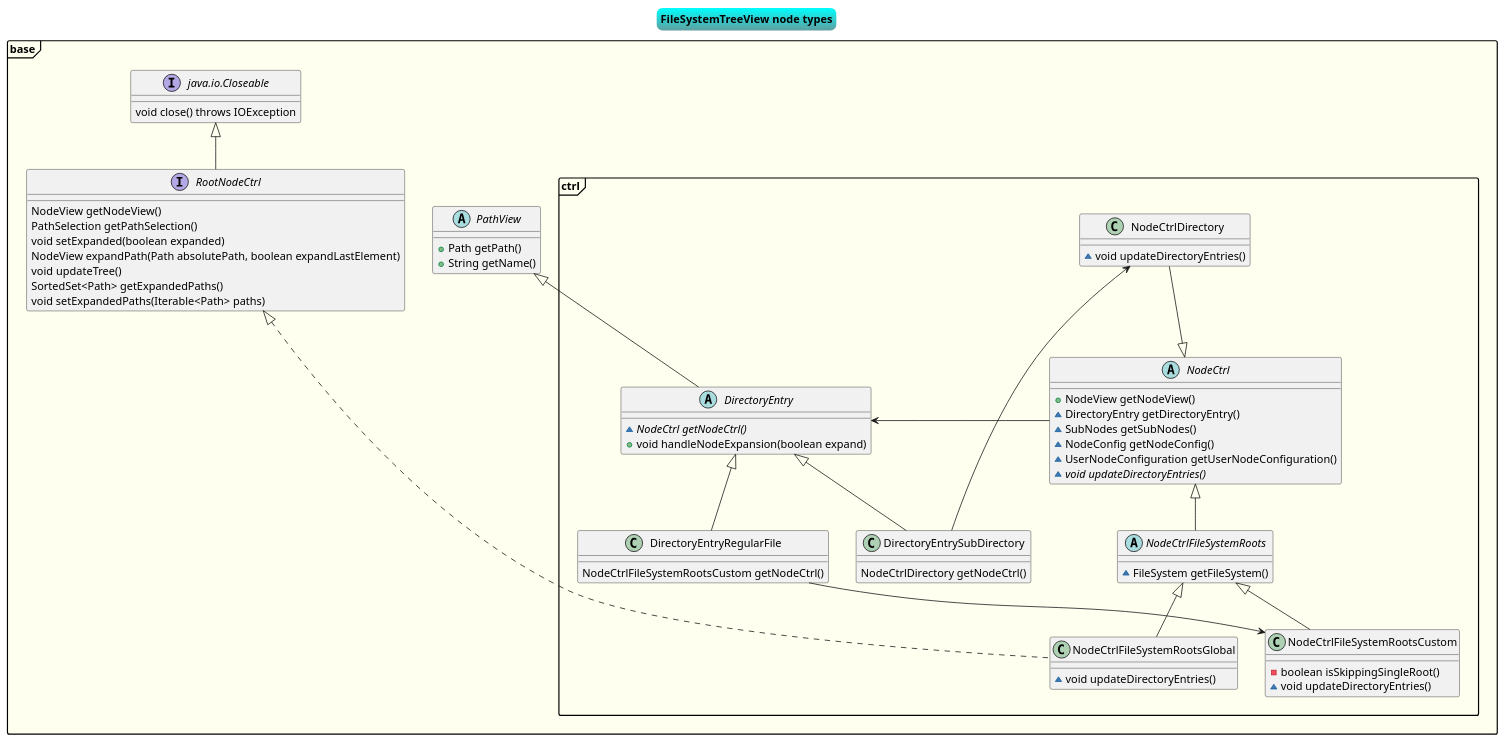
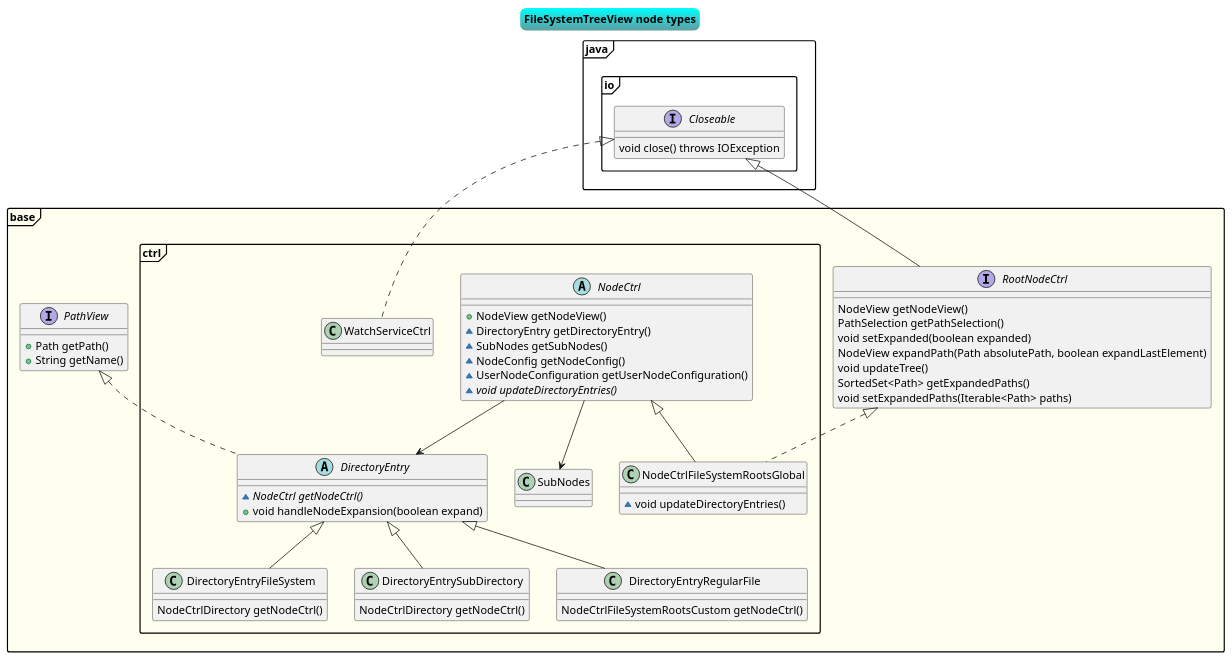
Before and after one commit to berndmichaely/lib-filesystem-view: the diagram in lib-filesystem-view-base/doc/uml/fstv-node-types-class.plantuml, drawn with PlantUML. The commit also changed 23 other files, not shown here.

```diff
--- a/lib-filesystem-view-base/doc/uml/fstv-node-types-class.plantuml
+++ b/lib-filesystem-view-base/doc/uml/fstv-node-types-class.plantuml
@@ -3,104 +3,79 @@
 @startuml
 
 skinparam title {
 	BorderRoundCorner 15
 	BorderThickness 2
 	BackgroundColor Aqua-CadetBlue
 }
 
 skinparam packageStyle Frame
 
 title FileSystemTreeView node types
 
+package java.io {
+
+	interface Closeable {
+		void close() throws IOException
+	}
+}
+
 package base #Ivory {
 
-	together {
-		abstract class PathView
-		interface RootNodeCtrl
-	}
+	interface RootNodeCtrl
 
-	interface Closeable as "java.io.Closeable" {
-		void close() throws IOException
-	}
-
-	abstract class PathView {
+	interface PathView {
 		+ Path getPath()
 		+ String getName()
 	}
 
-	interface RootNodeCtrl extends Closeable {
+	interface RootNodeCtrl extends java.io.Closeable {
 		NodeView getNodeView()
 		PathSelection getPathSelection()
 		void setExpanded(boolean expanded)
 		NodeView expandPath(Path absolutePath, boolean expandLastElement)
 		void updateTree()
 		SortedSet<Path> getExpandedPaths()
 		void setExpandedPaths(Iterable<Path> paths)
 	}
 }
 
 package base.ctrl {
 
-	together {
-		abstract class NodeCtrl
-		abstract class NodeCtrlFileSystemRoots
-		class NodeCtrlDirectory
-		class NodeCtrlFileSystemRootsGlobal
-		class NodeCtrlFileSystemRootsCustom
-	}
-
-	together {
-		abstract class DirectoryEntry
-		class DirectoryEntrySubDirectory
-		class DirectoryEntryRegularFile
-	}
-
-	abstract class DirectoryEntry extends base.PathView {
+	abstract class DirectoryEntry implements base.PathView {
 
 		{abstract} ~ NodeCtrl getNodeCtrl()
 		+ void handleNodeExpansion(boolean expand)
+	}
+
+	class DirectoryEntryFileSystem extends DirectoryEntry {
+		NodeCtrlDirectory getNodeCtrl()
 	}
 
 	class DirectoryEntrySubDirectory extends DirectoryEntry {
 		NodeCtrlDirectory getNodeCtrl()
 	}
 
 	class DirectoryEntryRegularFile extends DirectoryEntry {
 		NodeCtrlFileSystemRootsCustom getNodeCtrl()
 	}
-
-	DirectoryEntrySubDirectory --> NodeCtrlDirectory
-	DirectoryEntryRegularFile --> NodeCtrlFileSystemRootsCustom
 
 	abstract class NodeCtrl {
 		+NodeView getNodeView()
 		~ DirectoryEntry getDirectoryEntry()
 		~ SubNodes getSubNodes()
 		~ NodeConfig getNodeConfig()
 		~ UserNodeConfiguration getUserNodeConfiguration()
 		{abstract} ~ void updateDirectoryEntries()
 	}
 
 	NodeCtrl --> DirectoryEntry
+	NodeCtrl --> SubNodes
 
-	abstract class NodeCtrlFileSystemRoots extends NodeCtrl {
-		~ FileSystem getFileSystem()
-	}
-
-	class NodeCtrlDirectory {
+	class NodeCtrlFileSystemRootsGlobal extends NodeCtrl implements base.RootNodeCtrl {
 		~ void updateDirectoryEntries()
 	}
 
-	NodeCtrlDirectory --|> NodeCtrl
-
-	class NodeCtrlFileSystemRootsGlobal extends NodeCtrlFileSystemRoots implements base.RootNodeCtrl {
-		~ void updateDirectoryEntries()
-	}
-
-	class NodeCtrlFileSystemRootsCustom extends NodeCtrlFileSystemRoots {
-		- boolean isSkippingSingleRoot()
-		~ void updateDirectoryEntries()
-	}
+	class WatchServiceCtrl implements java.io.Closeable
 }
 
 @enduml
```
